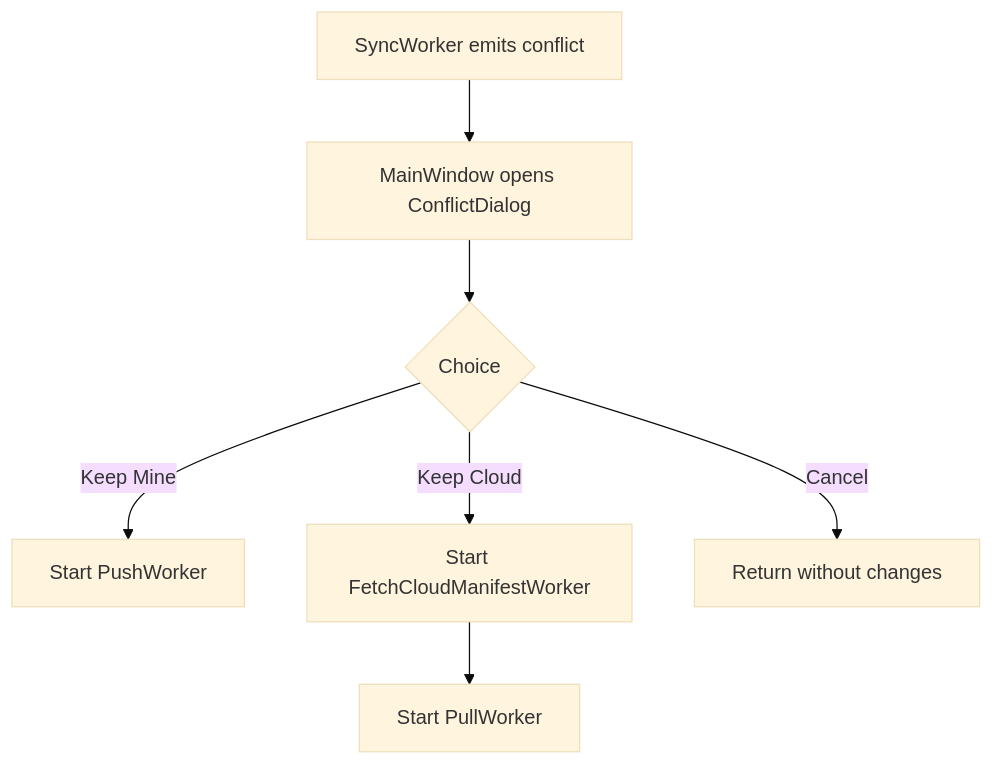
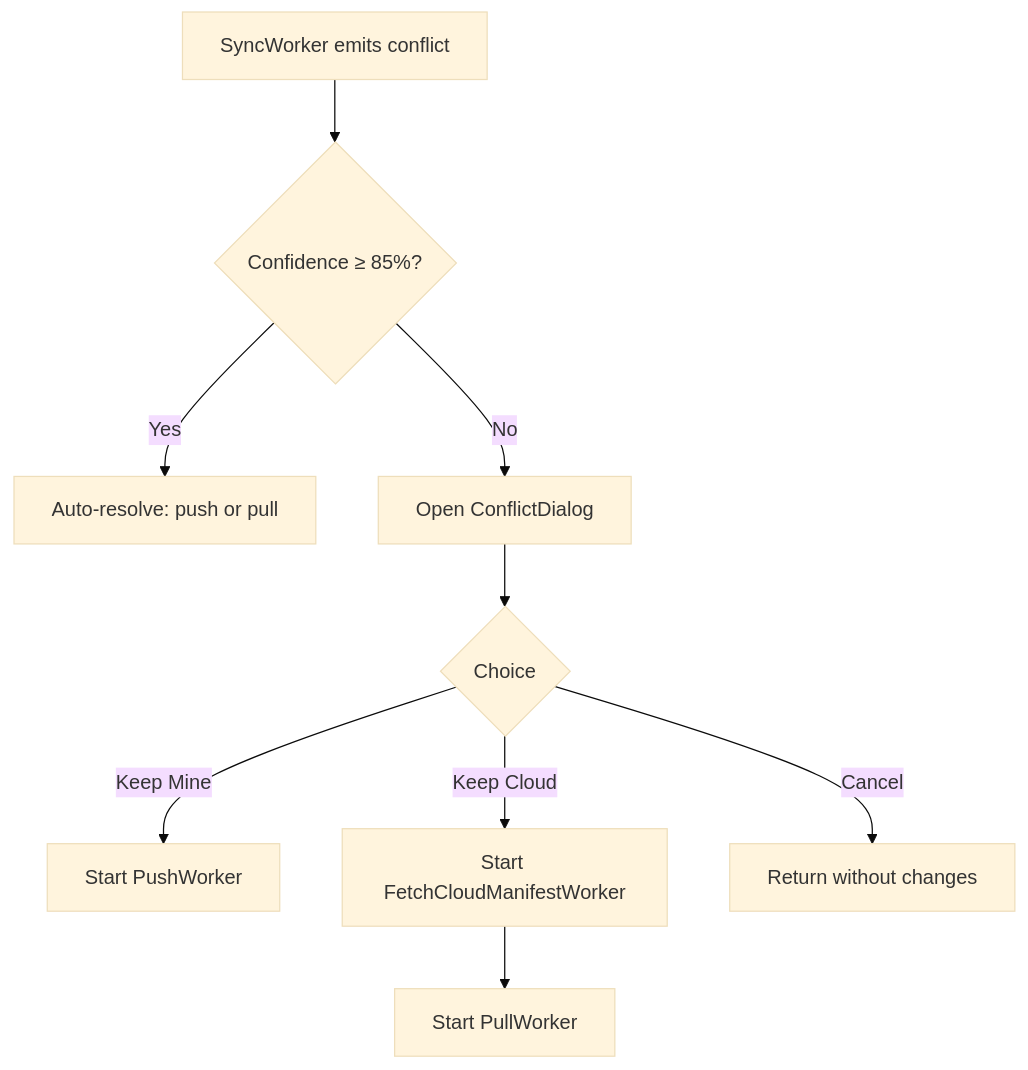
The sixth of 6 diagrams in docs/TECHNICAL.md (d1p/savesync), drawn with Mermaid (base theme) before and after one commit. The commit also changed other lines of this file and 15 other files, not shown here.

First line of the commit message:
feat: confidence scoring, directory scanning, UI timestamps, auto-resolve safe conflicts

````diff
--- a/docs/TECHNICAL.md
+++ b/docs/TECHNICAL.md
@@ -254,9 +319,11 @@
 ```mermaid
 flowchart TD
-    A[SyncWorker emits conflict] --> B[MainWindow opens ConflictDialog]
-    B --> C{Choice}
-    C -->|Keep Mine| D[Start PushWorker]
-    C -->|Keep Cloud| E[Start FetchCloudManifestWorker]
-    E --> F[Start PullWorker]
-    C -->|Cancel| G[Return without changes]
+    A[SyncWorker emits conflict] --> B{Confidence ≥ 85%?}
+    B -->|Yes| C[Auto-resolve: push or pull]
+    B -->|No| D[Open ConflictDialog]
+    D --> E{Choice}
+    E -->|Keep Mine| F[Start PushWorker]
+    E -->|Keep Cloud| G[Start FetchCloudManifestWorker]
+    G --> H[Start PullWorker]
+    E -->|Cancel| I[Return without changes]
 ```
````
